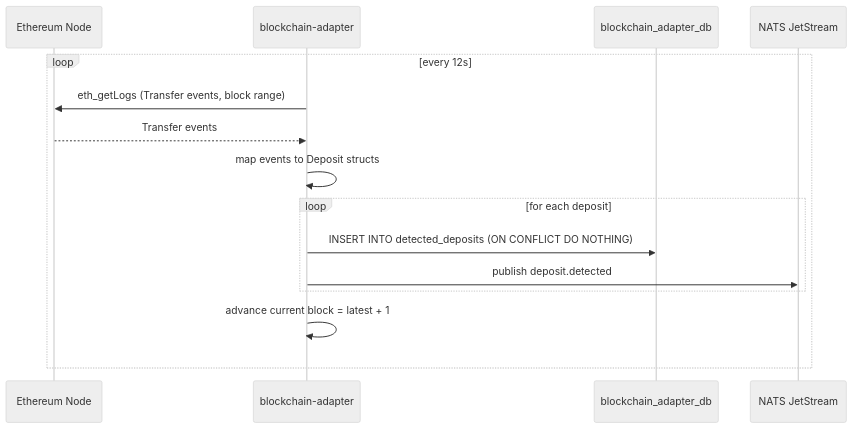
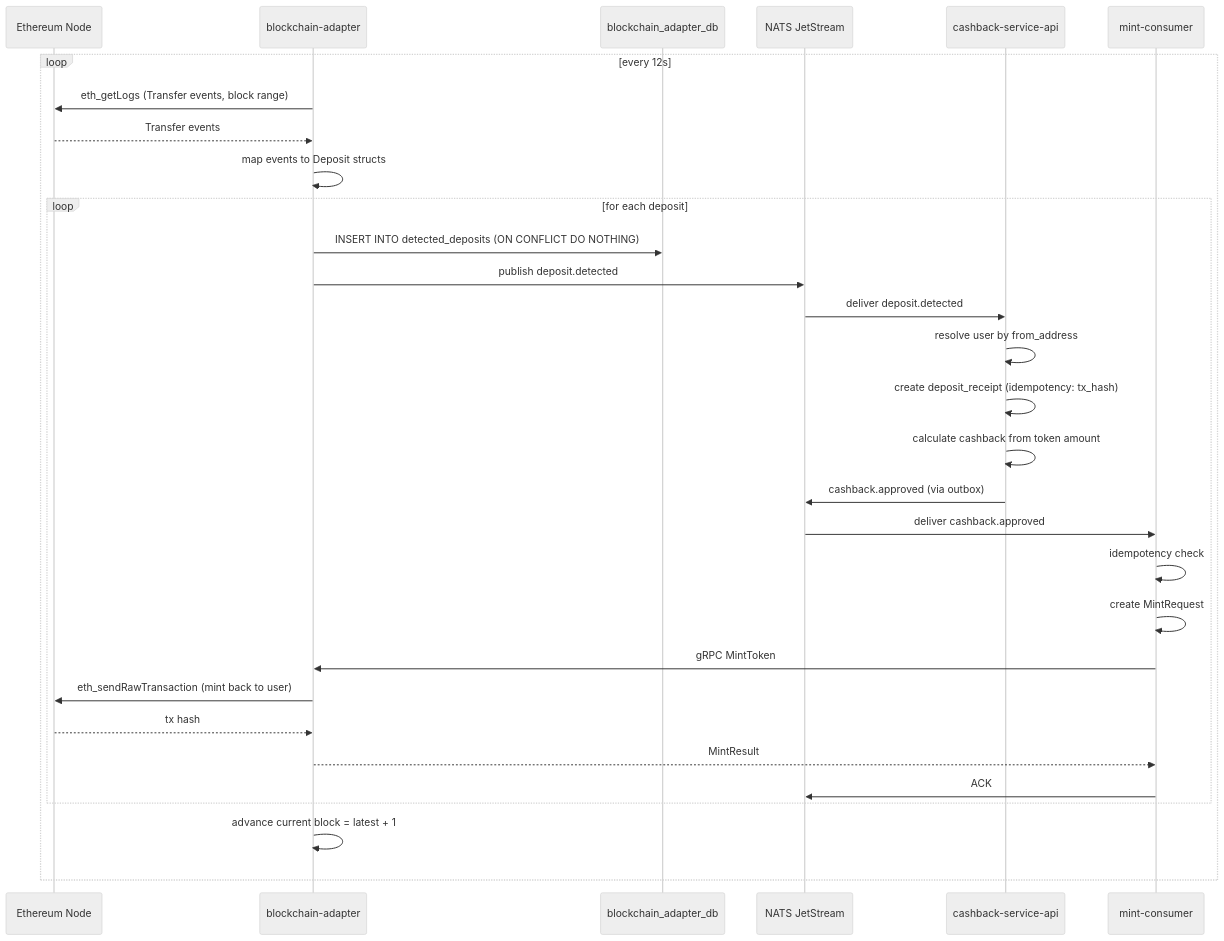
The second of 2 diagrams in docs/diagrams/03-domain-events-flow.md (fascari/cashback-platform), drawn with Mermaid (neutral theme) before and after one commit. The commit also changed other lines of this file and 22 other files, not shown here.

````diff
--- a/docs/diagrams/03-domain-events-flow.md
+++ b/docs/diagrams/03-domain-events-flow.md
@@ -41,18 +43,33 @@
 ```mermaid
 sequenceDiagram
     participant Chain as Ethereum Node
     participant BA as blockchain-adapter
     participant DB as blockchain_adapter_db
     participant NATS as NATS JetStream
+    participant API as cashback-service-api
+    participant MC as mint-consumer
 
     loop every 12s
         BA->>Chain: eth_getLogs (Transfer events, block range)
         Chain-->>BA: Transfer events
         BA->>BA: map events to Deposit structs
         loop for each deposit
             BA->>DB: INSERT INTO detected_deposits (ON CONFLICT DO NOTHING)
             BA->>NATS: publish deposit.detected
+            NATS->>API: deliver deposit.detected
+            API->>API: resolve user by from_address
+            API->>API: create deposit_receipt (idempotency: tx_hash)
+            API->>API: calculate cashback from token amount
+            API->>NATS: cashback.approved (via outbox)
+            NATS->>MC: deliver cashback.approved
+            MC->>MC: idempotency check
+            MC->>MC: create MintRequest
+            MC->>BA: gRPC MintToken
+            BA->>Chain: eth_sendRawTransaction (mint back to user)
+            Chain-->>BA: tx hash
+            BA-->>MC: MintResult
+            MC->>NATS: ACK
         end
         BA->>BA: advance current block = latest + 1
     end
 ```
````
